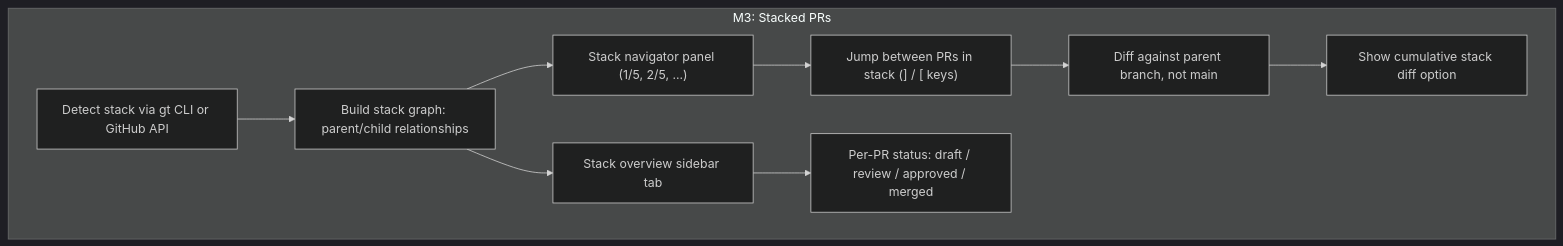
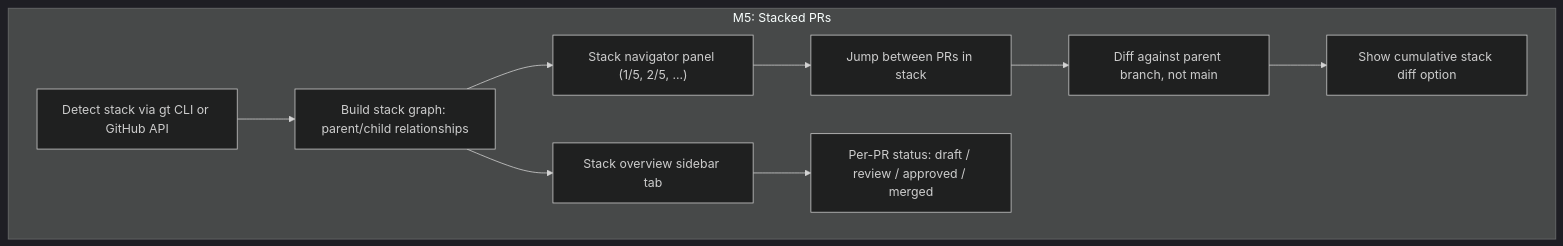
The sixth of 9 diagrams in docs/ROADMAP.md (Neville-Loh/gh-review), drawn with Mermaid (dark theme) before and after one commit. The commit also changed other lines of this file and 25 other files, not shown here.

````diff
--- a/docs/ROADMAP.md
+++ b/docs/ROADMAP.md
@@ -116,12 +181,12 @@
 ```mermaid
 graph TD
-    subgraph m3 [M3: Stacked PRs]
+    subgraph m5 [M5: Stacked PRs]
         S1["Detect stack via gt CLI or GitHub API"] --> S2[Build stack graph: parent/child relationships]
         S2 --> S3["Stack navigator panel (1/5, 2/5, ...)"]
-        S3 --> S4["Jump between PRs in stack (] / [ keys)"]
+        S3 --> S4["Jump between PRs in stack"]
         S4 --> S5[Diff against parent branch, not main]
         S5 --> S6[Show cumulative stack diff option]
         S2 --> S7[Stack overview sidebar tab]
         S7 --> S8[Per-PR status: draft / review / approved / merged]
     end
 ```
````
